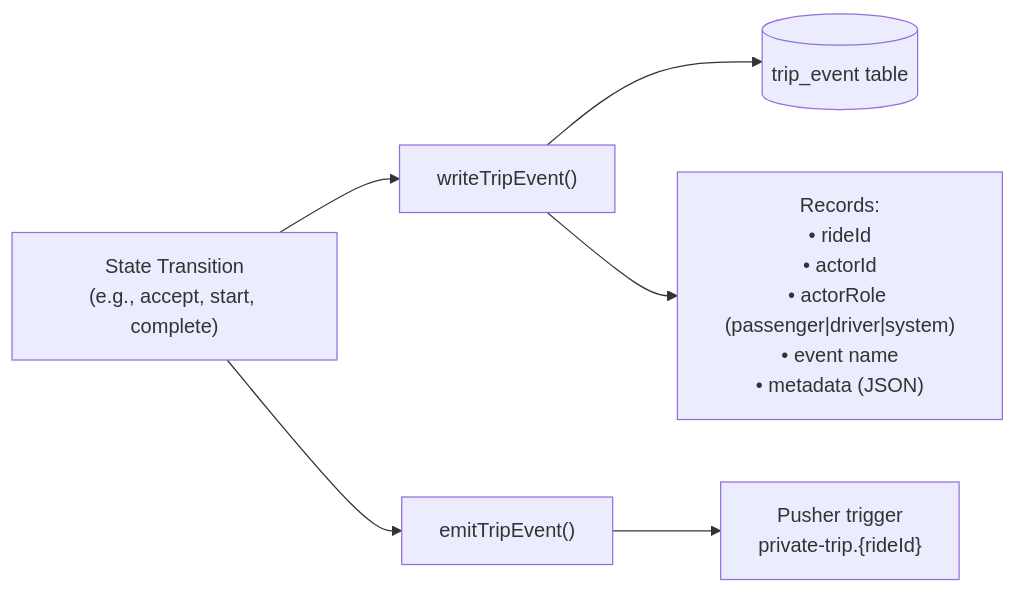
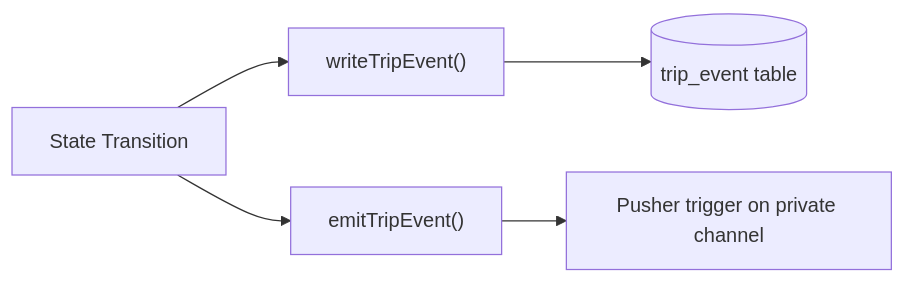
Before and after one commit to Amanuel-Ayal3w/ECRP: diagram 13 of 23 in documentation.md, drawn with Mermaid. The commit also changed other lines of this file, not shown here.

First line of the commit message:
Fix Mermaid GitHub rendering and add detailed explanations

````diff
--- a/documentation.md
+++ b/documentation.md
@@ -886,9 +906,8 @@
 ```mermaid
 flowchart LR
-    TRANSITION["State Transition<br/>(e.g., accept, start, complete)"] --> WRITE["writeTripEvent()"]
+    TRANSITION["State Transition"] --> WRITE["writeTripEvent()"]
     WRITE --> DB[("trip_event table")]
-    WRITE --> DETAILS["Records:<br/>• rideId<br/>• actorId<br/>• actorRole (passenger|driver|system)<br/>• event name<br/>• metadata (JSON)"]
 
     TRANSITION --> EMIT["emitTripEvent()"]
-    EMIT --> PUSHER["Pusher trigger<br/>private-trip.{rideId}"]
+    EMIT --> PUSHER["Pusher trigger on private channel"]
 ```
````
